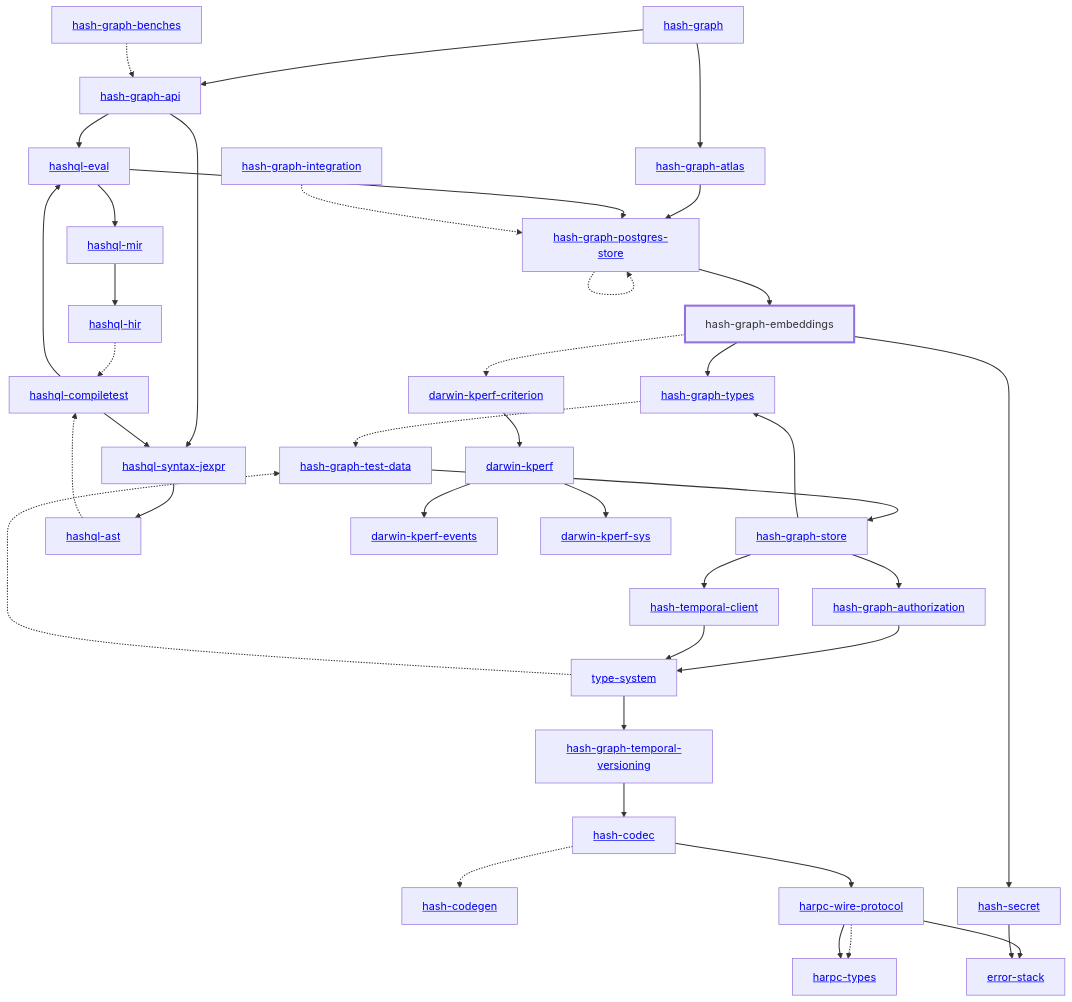
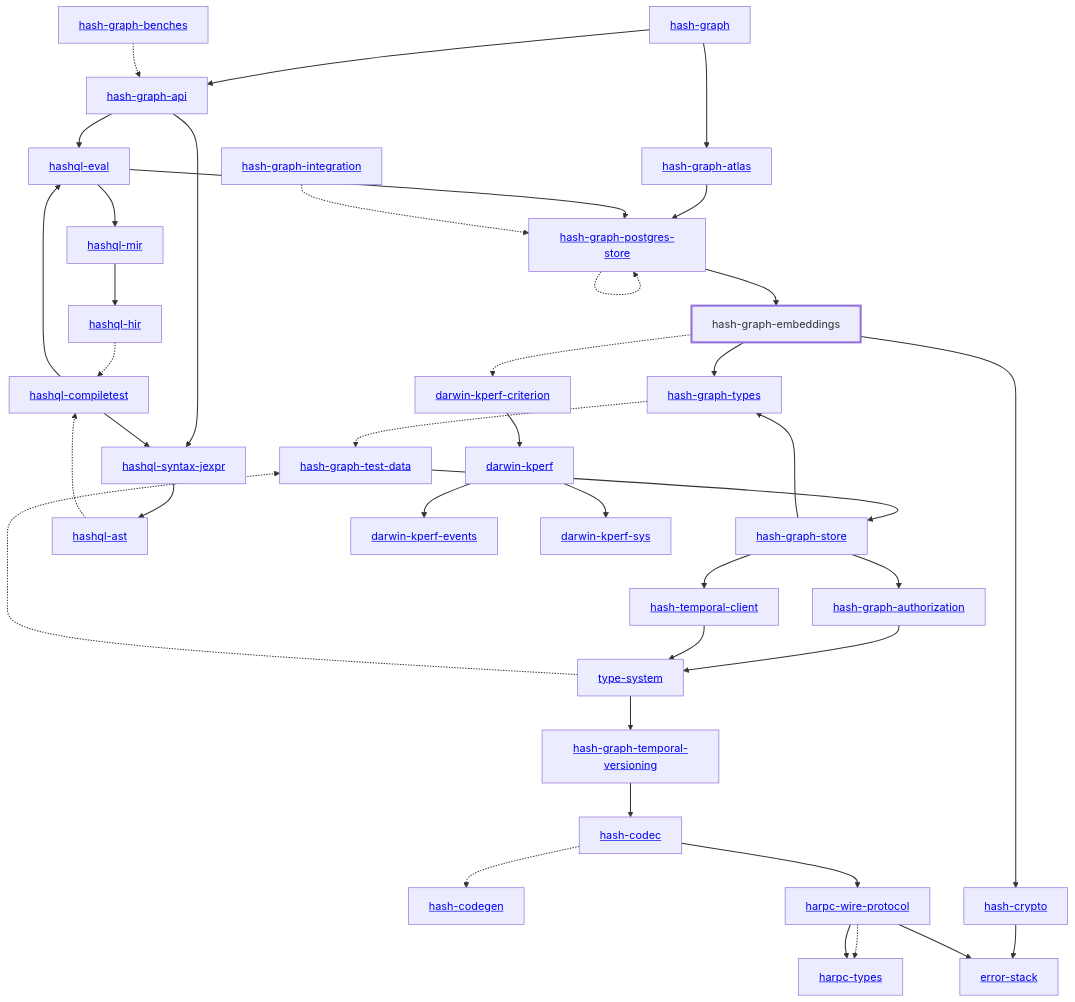
One commit to hashintel/hash changed the diagram in libs/@local/graph/embeddings/docs/dependency-diagram.mmd. Above: the diagram before and after it, drawn with Mermaid. The commit also changed 138 other files, not shown here.

Commit message:
Rename hash-secret to hash-crypto

```diff
--- a/libs/@local/graph/embeddings/docs/dependency-diagram.mmd
+++ b/libs/@local/graph/embeddings/docs/dependency-diagram.mmd
@@ -1,80 +1,80 @@
 graph TD
     linkStyle default stroke-width:1.5px
     classDef default stroke-width:1px
     classDef root stroke-width:3px
     classDef dev stroke-width:1px
     classDef build stroke-width:1px
     %% Legend
     %% --> : Normal dependency
     %% -.-> : Dev dependency
     %% ---> : Build dependency
     0[<a href="../hash_graph/index.html">hash-graph</a>]
     1[<a href="../type_system/index.html">type-system</a>]
     2[<a href="../hash_codec/index.html">hash-codec</a>]
     3[<a href="../hash_codegen/index.html">hash-codegen</a>]
-    4[<a href="../hash_graph_api/index.html">hash-graph-api</a>]
-    5[<a href="../hash_graph_atlas/index.html">hash-graph-atlas</a>]
-    6[<a href="../hash_graph_authorization/index.html">hash-graph-authorization</a>]
-    7[hash-graph-embeddings]
-    class 7 root
-    8[<a href="../hash_graph_postgres_store/index.html">hash-graph-postgres-store</a>]
-    9[<a href="../hash_graph_store/index.html">hash-graph-store</a>]
-    10[<a href="../hash_graph_temporal_versioning/index.html">hash-graph-temporal-versioning</a>]
-    11[<a href="../hash_graph_types/index.html">hash-graph-types</a>]
-    12[<a href="../harpc_types/index.html">harpc-types</a>]
-    13[<a href="../harpc_wire_protocol/index.html">harpc-wire-protocol</a>]
-    14[<a href="../hashql_ast/index.html">hashql-ast</a>]
-    15[<a href="../hashql_compiletest/index.html">hashql-compiletest</a>]
-    16[<a href="../hashql_eval/index.html">hashql-eval</a>]
-    17[<a href="../hashql_hir/index.html">hashql-hir</a>]
-    18[<a href="../hashql_mir/index.html">hashql-mir</a>]
-    19[<a href="../hashql_syntax_jexpr/index.html">hashql-syntax-jexpr</a>]
-    20[<a href="../hash_secret/index.html">hash-secret</a>]
+    4[<a href="../hash_crypto/index.html">hash-crypto</a>]
+    5[<a href="../hash_graph_api/index.html">hash-graph-api</a>]
+    6[<a href="../hash_graph_atlas/index.html">hash-graph-atlas</a>]
+    7[<a href="../hash_graph_authorization/index.html">hash-graph-authorization</a>]
+    8[hash-graph-embeddings]
+    class 8 root
+    9[<a href="../hash_graph_postgres_store/index.html">hash-graph-postgres-store</a>]
+    10[<a href="../hash_graph_store/index.html">hash-graph-store</a>]
+    11[<a href="../hash_graph_temporal_versioning/index.html">hash-graph-temporal-versioning</a>]
+    12[<a href="../hash_graph_types/index.html">hash-graph-types</a>]
+    13[<a href="../harpc_types/index.html">harpc-types</a>]
+    14[<a href="../harpc_wire_protocol/index.html">harpc-wire-protocol</a>]
+    15[<a href="../hashql_ast/index.html">hashql-ast</a>]
+    16[<a href="../hashql_compiletest/index.html">hashql-compiletest</a>]
+    17[<a href="../hashql_eval/index.html">hashql-eval</a>]
+    18[<a href="../hashql_hir/index.html">hashql-hir</a>]
+    19[<a href="../hashql_mir/index.html">hashql-mir</a>]
+    20[<a href="../hashql_syntax_jexpr/index.html">hashql-syntax-jexpr</a>]
     21[<a href="../hash_temporal_client/index.html">hash-temporal-client</a>]
     22[<a href="../darwin_kperf/index.html">darwin-kperf</a>]
     23[<a href="../darwin_kperf_criterion/index.html">darwin-kperf-criterion</a>]
     24[<a href="../darwin_kperf_events/index.html">darwin-kperf-events</a>]
     25[<a href="../darwin_kperf_sys/index.html">darwin-kperf-sys</a>]
     26[<a href="../error_stack/index.html">error-stack</a>]
     27[<a href="../hash_graph_benches/index.html">hash-graph-benches</a>]
     28[<a href="../hash_graph_integration/index.html">hash-graph-integration</a>]
     29[<a href="../hash_graph_test_data/index.html">hash-graph-test-data</a>]
-    0 --> 4
     0 --> 5
-    1 --> 10
+    0 --> 6
+    1 --> 11
     1 -.-> 29
     2 -.-> 3
-    2 --> 13
-    4 --> 16
-    4 --> 19
-    5 --> 8
-    6 --> 1
-    7 --> 11
-    7 --> 20
-    7 -.-> 23
-    8 --> 7
-    8 -.-> 8
-    9 --> 6
-    9 --> 11
-    9 --> 21
-    10 --> 2
-    11 -.-> 29
-    13 -.-> 12
-    13 --> 12
-    13 --> 26
-    14 -.-> 15
-    15 --> 16
-    15 --> 19
-    16 --> 8
-    16 --> 18
-    17 -.-> 15
-    18 --> 17
-    19 --> 14
-    20 --> 26
+    2 --> 14
+    4 --> 26
+    5 --> 17
+    5 --> 20
+    6 --> 9
+    7 --> 1
+    8 --> 4
+    8 --> 12
+    8 -.-> 23
+    9 --> 8
+    9 -.-> 9
+    10 --> 7
+    10 --> 12
+    10 --> 21
+    11 --> 2
+    12 -.-> 29
+    14 -.-> 13
+    14 --> 13
+    14 --> 26
+    15 -.-> 16
+    16 --> 17
+    16 --> 20
+    17 --> 9
+    17 --> 19
+    18 -.-> 16
+    19 --> 18
+    20 --> 15
     21 --> 1
     22 --> 24
     22 --> 25
     23 --> 22
-    27 -.-> 4
-    28 -.-> 8
-    29 --> 9
+    27 -.-> 5
+    28 -.-> 9
+    29 --> 10
```
